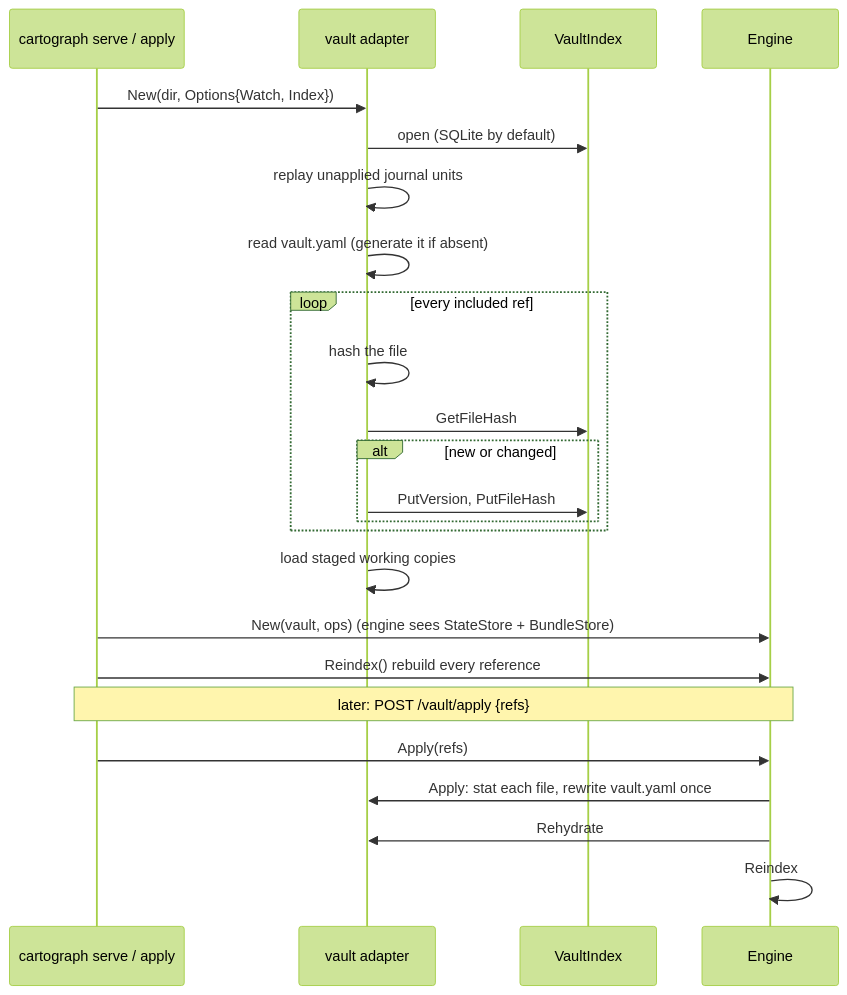
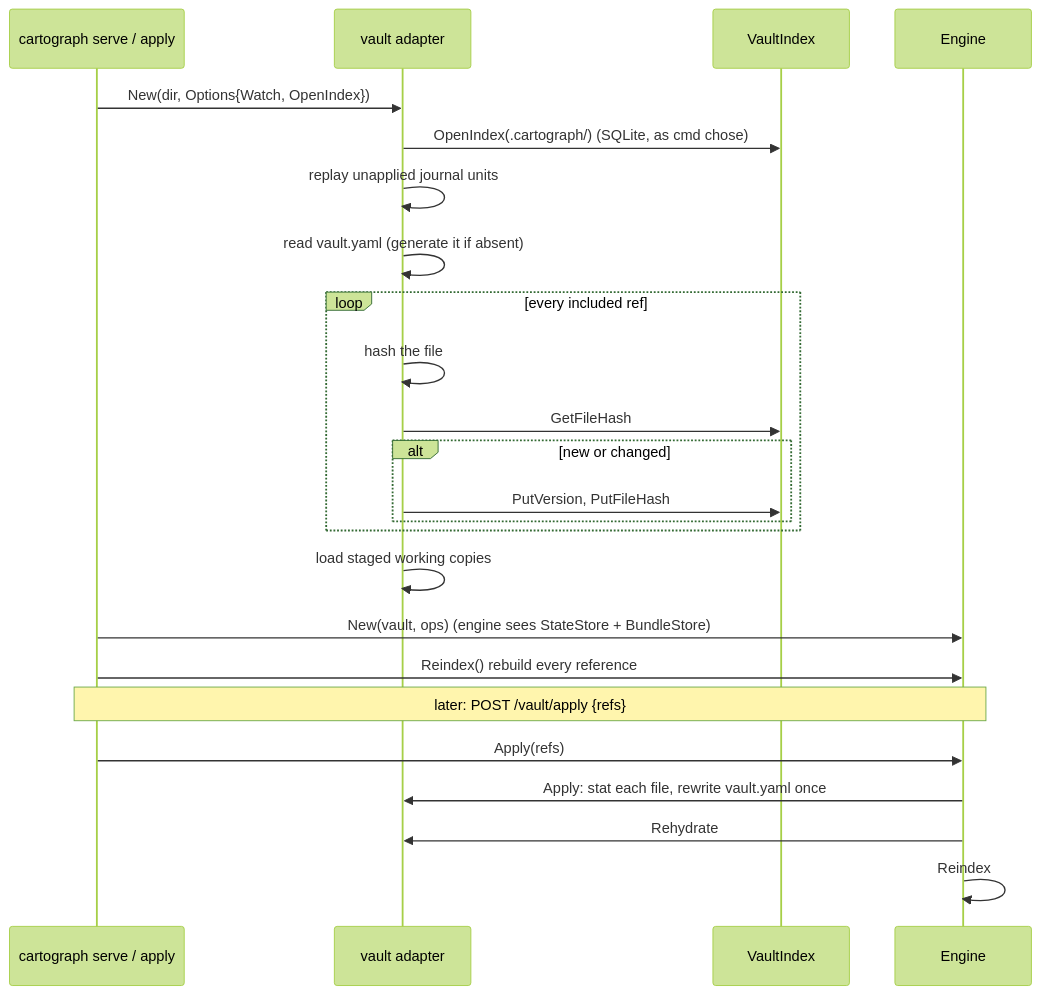
One commit to ProjectCartograph/cartograph-engine changed the sixth of 9 diagrams in docs/ARCHITECTURE.md. Above: the diagram before and after it, drawn with Mermaid (forest theme). The commit also changed other lines of this file and 1 other file, not shown here.

First line of the commit message:
docs: match ARCHITECTURE.md and UI_CONTRACT.md to the code

````diff
--- a/docs/ARCHITECTURE.md
+++ b/docs/ARCHITECTURE.md
@@ -450,27 +466,27 @@
 ```mermaid
 sequenceDiagram
     participant CLI as cartograph serve / apply
     participant V as vault adapter
     participant IX as VaultIndex
     participant E as Engine
 
-    CLI->>V: New(dir, Options{Watch, Index})
-    V->>IX: open (SQLite by default)
+    CLI->>V: New(dir, Options{Watch, OpenIndex})
+    V->>IX: OpenIndex(.cartograph/) (SQLite, as cmd chose)
     V->>V: replay unapplied journal units
     V->>V: read vault.yaml (generate it if absent)
     loop every included ref
         V->>V: hash the file
         V->>IX: GetFileHash
         alt new or changed
             V->>IX: PutVersion, PutFileHash
         end
     end
     V->>V: load staged working copies
     CLI->>E: New(vault, ops)  (engine sees StateStore + BundleStore)
     CLI->>E: Reindex() rebuild every reference
     Note over CLI,E: later: POST /vault/apply {refs}
     CLI->>E: Apply(refs)
     E->>V: Apply: stat each file, rewrite vault.yaml once
     E->>V: Rehydrate
     E->>E: Reindex
 ```
````
